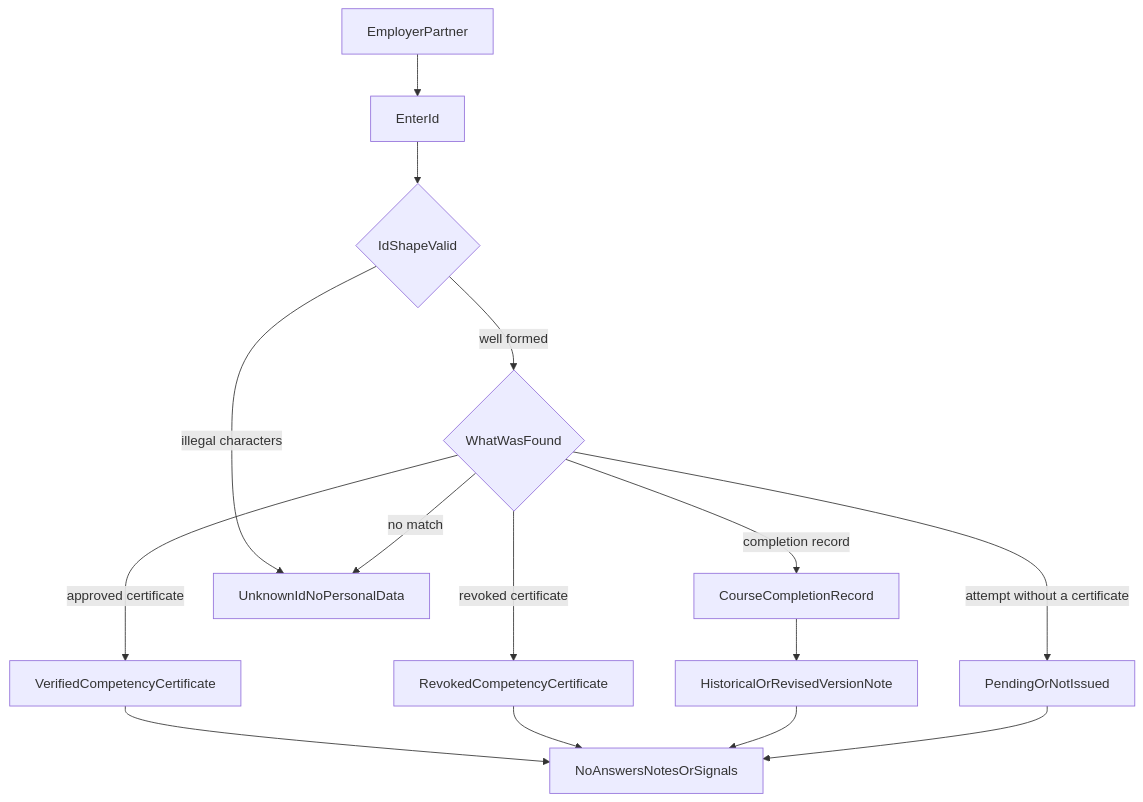
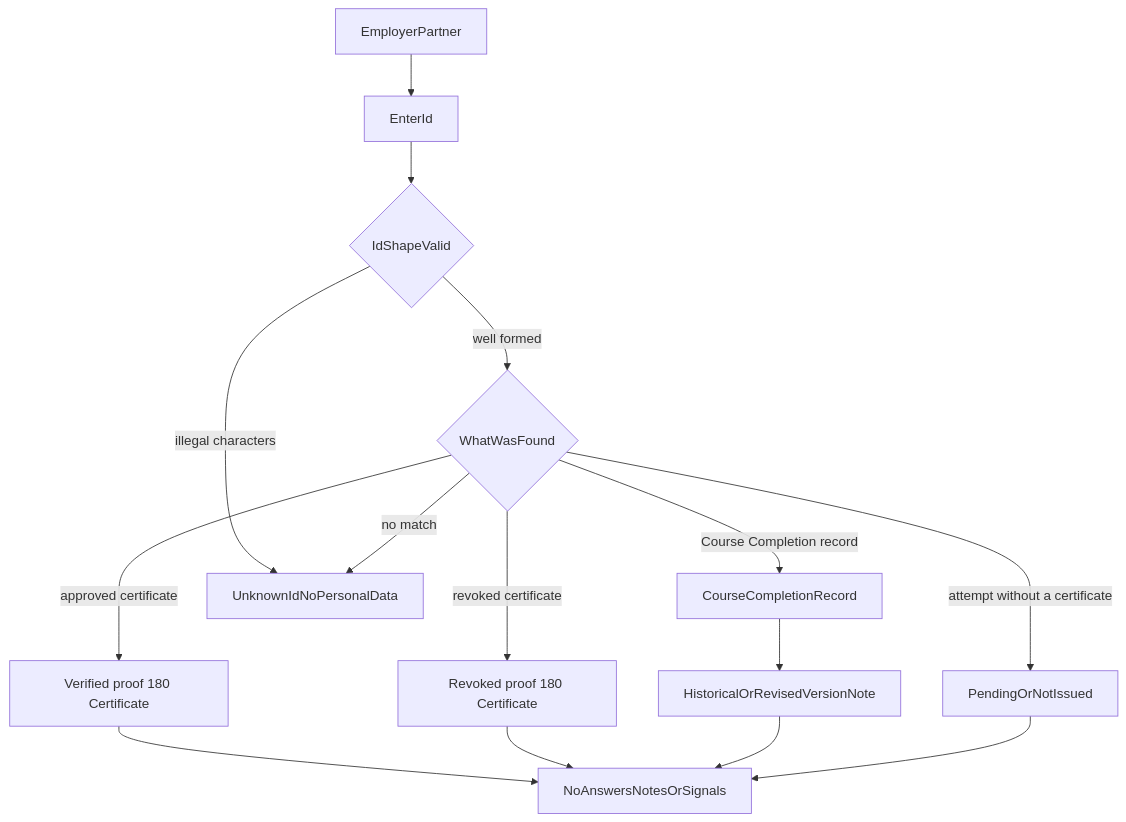
Before and after one commit to eslameltahawy/The-Completion-Trust-Problem: the diagram in docs/D5-partner-verification-flow.mmd, drawn with Mermaid. The commit also changed 34 other files, not shown here.

Commit message:
Name the completion document and the competency credential.

```diff
--- a/docs/D5-partner-verification-flow.mmd
+++ b/docs/D5-partner-verification-flow.mmd
@@ -1,26 +1,26 @@
 flowchart TD
   partner[EmployerPartner]
   form[EnterId]
   shape{IdShapeValid}
   kind{WhatWasFound}
-  verified[VerifiedCompetencyCertificate]
-  revoked[RevokedCompetencyCertificate]
+  verified["Verified proof 180 Certificate"]
+  revoked["Revoked proof 180 Certificate"]
   completion[CourseCompletionRecord]
   historical[HistoricalOrRevisedVersionNote]
   pending[PendingOrNotIssued]
   invalid[UnknownIdNoPersonalData]
   withheld[NoAnswersNotesOrSignals]
   partner --> form
   form --> shape
   shape -->|illegal characters| invalid
   shape -->|well formed| kind
   kind -->|approved certificate| verified
   kind -->|revoked certificate| revoked
-  kind -->|completion record| completion
+  kind -->|Course Completion record| completion
   completion --> historical
   kind -->|attempt without a certificate| pending
   kind -->|no match| invalid
   verified --> withheld
   revoked --> withheld
   historical --> withheld
   pending --> withheld
```
